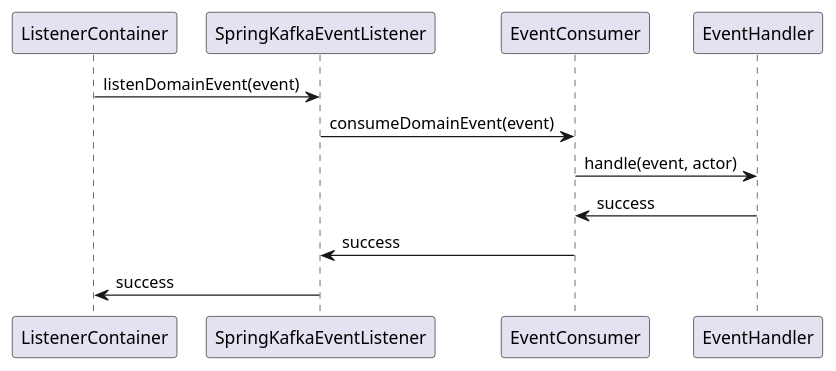
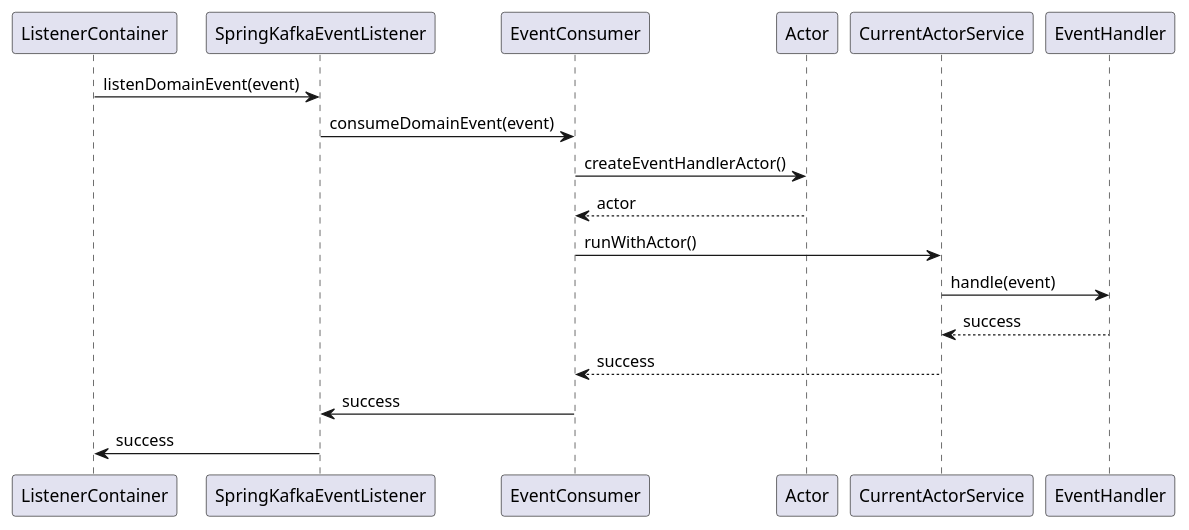
Before and after one commit to davenkin/andy-springboot4-template: the seventh of 7 diagrams in adr/005_unified_request_process_flow.md, drawn with PlantUML. The commit also changed other lines of this file and 2 other files, not shown here.

````diff
--- a/adr/005_unified_request_process_flow.md
+++ b/adr/005_unified_request_process_flow.md
@@ -418,10 +418,14 @@
 ```plantuml
 @startuml
 ListenerContainer -> SpringKafkaEventListener: listenDomainEvent(event)
 SpringKafkaEventListener -> EventConsumer: consumeDomainEvent(event)
-EventConsumer -> EventHandler: handle(event, actor)
-EventHandler -> EventConsumer: success
+EventConsumer -> Actor: createEventHandlerActor()
+Actor --> EventConsumer: actor
+EventConsumer -> CurrentActorService: runWithActor()
+CurrentActorService -> EventHandler: handle(event)
+EventHandler --> CurrentActorService: success
+CurrentActorService --> EventConsumer: success
 EventConsumer -> SpringKafkaEventListener: success
 SpringKafkaEventListener -> ListenerContainer: success
 @enduml
 ```
````
